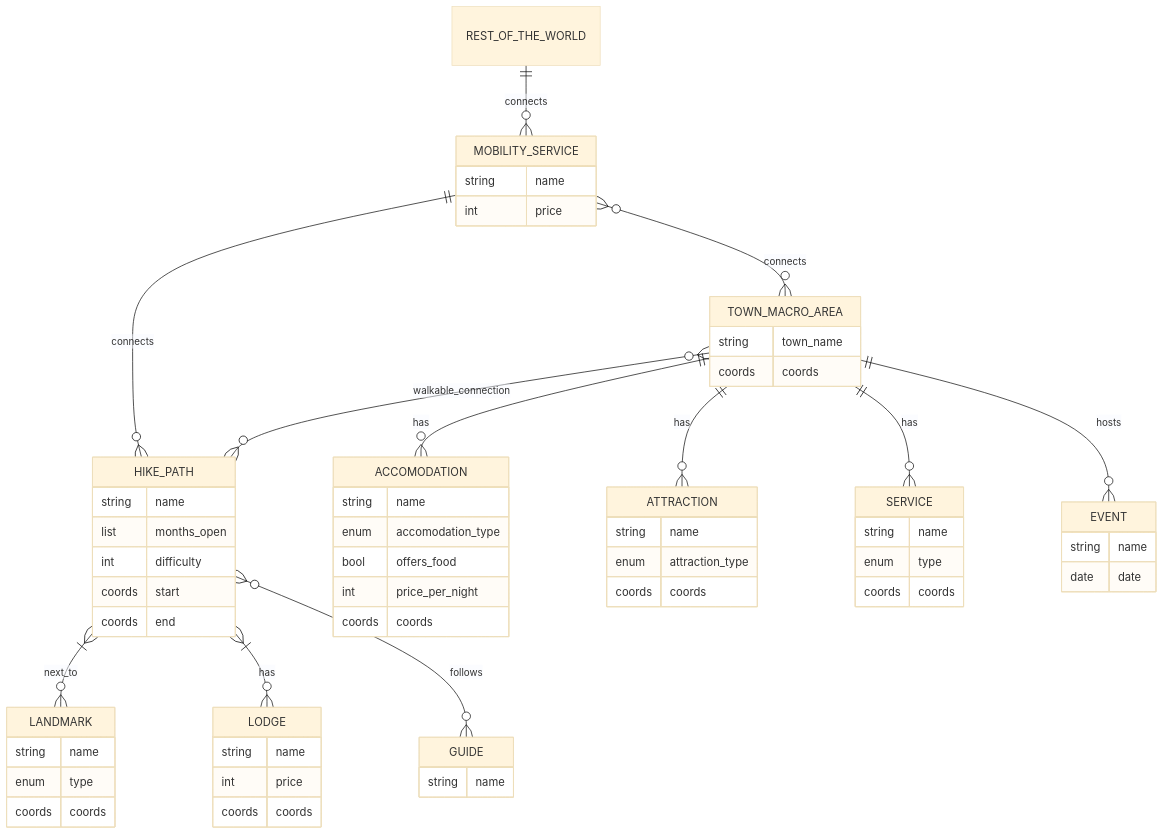
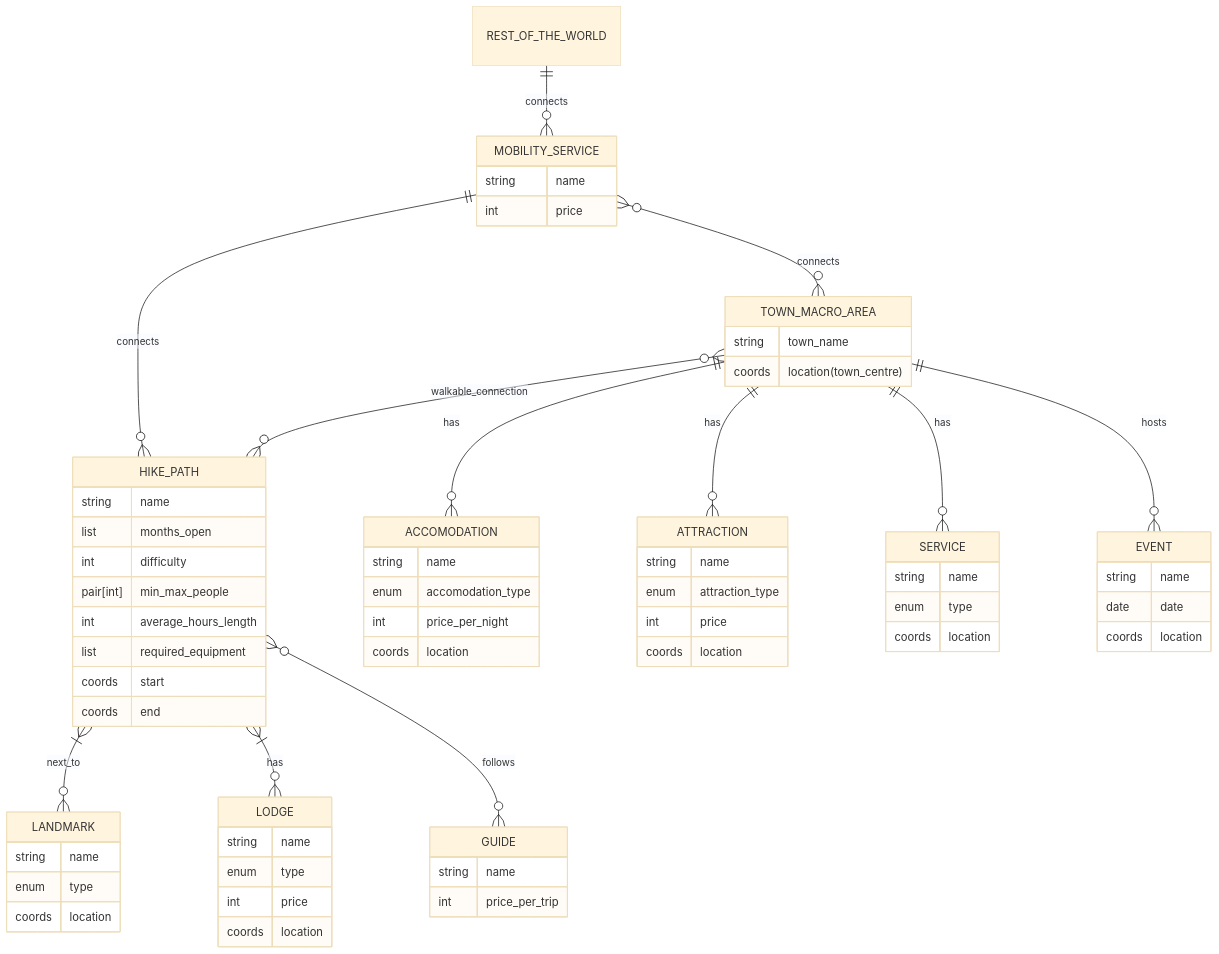
Before and after one commit to Ezpeon/KG_2026_SGMK: the diagram in notes/purpose_notes.md, drawn with Mermaid (base theme). The commit also changed other lines of this file, not shown here.

````diff
--- a/notes/purpose_notes.md
+++ b/notes/purpose_notes.md
@@ -53,65 +74,71 @@
 ```mermaid
 erDiagram
     HIKE_PATH  }|--o{ LANDMARK : next_to
     HIKE_PATH  }|--o{ LODGE : has
     TOWN_MACRO_AREA  ||--o{ ACCOMODATION : has
     TOWN_MACRO_AREA  }o--o{ HIKE_PATH : walkable_connection
     MOBILITY_SERVICE  }o--o{ TOWN_MACRO_AREA : connects
     MOBILITY_SERVICE  ||--o{ HIKE_PATH : connects
     REST_OF_THE_WORLD  ||--o{ MOBILITY_SERVICE : connects
     TOWN_MACRO_AREA  ||--o{ ATTRACTION : has
     TOWN_MACRO_AREA  ||--o{ SERVICE : has
     HIKE_PATH  }o--o{ GUIDE : follows
     TOWN_MACRO_AREA  ||--o{ EVENT : hosts
 
     HIKE_PATH {
         string name
         list months_open
         int difficulty
+        pair[int] min_max_people
+        int average_hours_length
+        list required_equipment
         coords start
         coords end
     }
     LANDMARK {
         string name
         enum type
-        coords coords
+        coords location
     }
     LODGE {
         string name
+        enum type
         int price
-        coords coords
+        coords location
     }
     TOWN_MACRO_AREA{
         string town_name
-        coords coords
+        coords location(town_centre)
     }
     ATTRACTION{
         string name
         enum attraction_type
-        coords coords
+        int price
+        coords location
     }
     ACCOMODATION{
         string name
         enum accomodation_type
-        bool offers_food
         int price_per_night
-        coords coords
+        coords location
     }
     MOBILITY_SERVICE{
         string name
         int price
     }
     SERVICE{
         string name
         enum type
-        coords coords
+        coords location
     }
     GUIDE{
         string name
+        int price_per_trip
     }
     EVENT{
         string name
         date date
+        coords location
     }
     REST_OF_THE_WORLD{}
 ```
````
